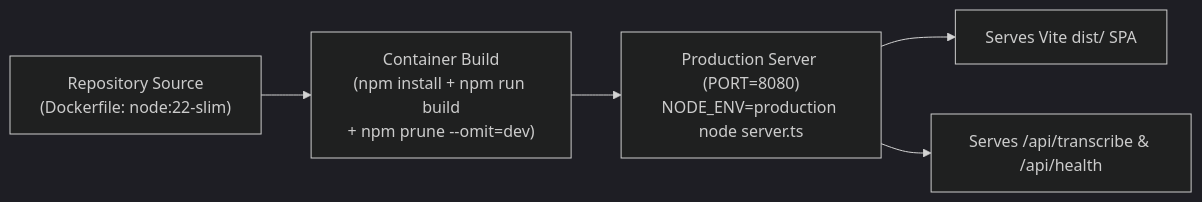
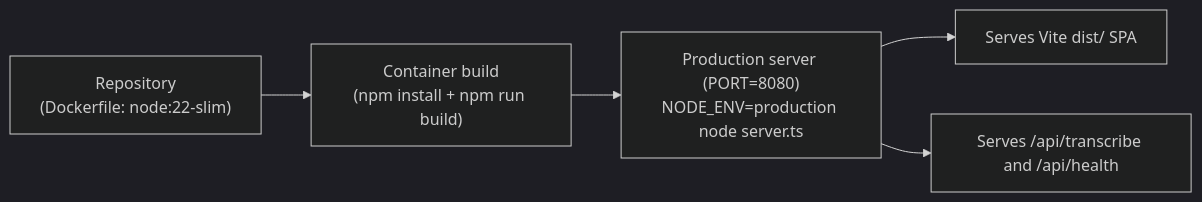
Before and after one commit to ArnavPoswal15/Folio: the second of 2 diagrams in README.md, drawn with Mermaid (dark theme). The commit also changed other lines of this file and 3 other files, not shown here.

````diff
--- a/README.md
+++ b/README.md
@@ -93,7 +195,7 @@
 ```mermaid
 flowchart LR
-  Source["Repository Source\n(Dockerfile: node:22-slim)"] --> Build["Container Build\n(npm install + npm run build\n+ npm prune --omit=dev)"]
-  Build --> Server["Production Server (PORT=8080)\nNODE_ENV=production node server.ts"]
+  Source["Repository<br/>(Dockerfile: node:22-slim)"] --> Build["Container build<br/>(npm install + npm run build)"]
+  Build --> Server["Production server (PORT=8080)<br/>NODE_ENV=production node server.ts"]
   Server --> Static["Serves Vite dist/ SPA"]
-  Server --> API["Serves /api/transcribe & /api/health"]
+  Server --> API["Serves /api/transcribe and /api/health"]
 ```
````
